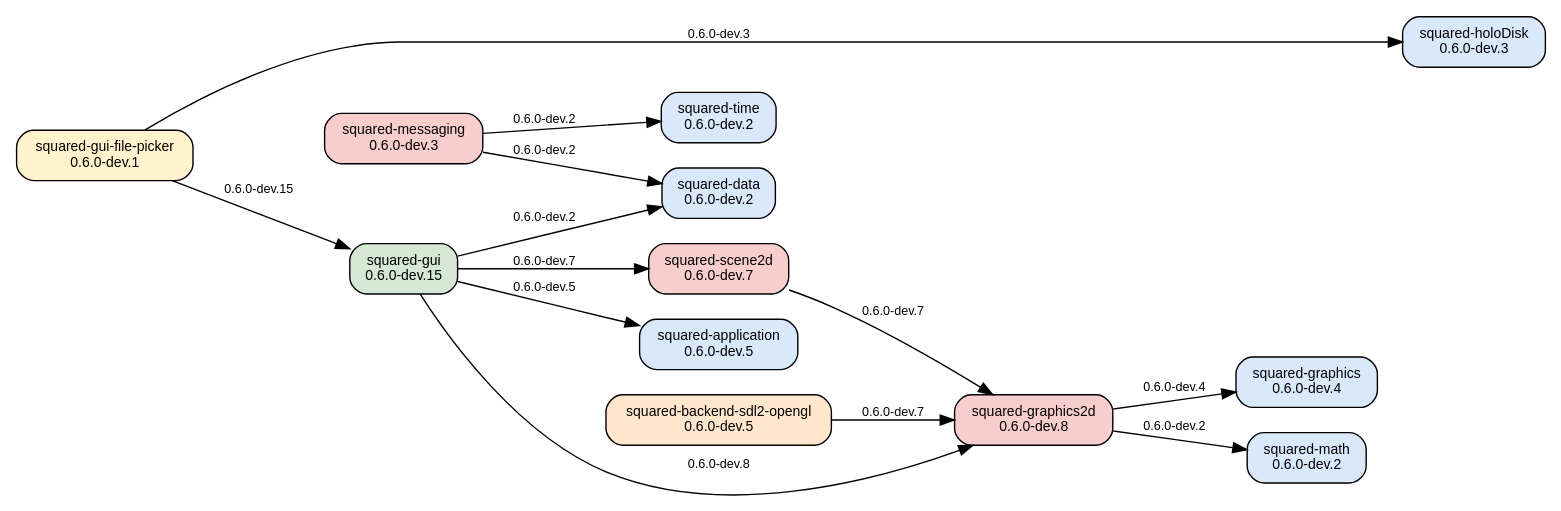
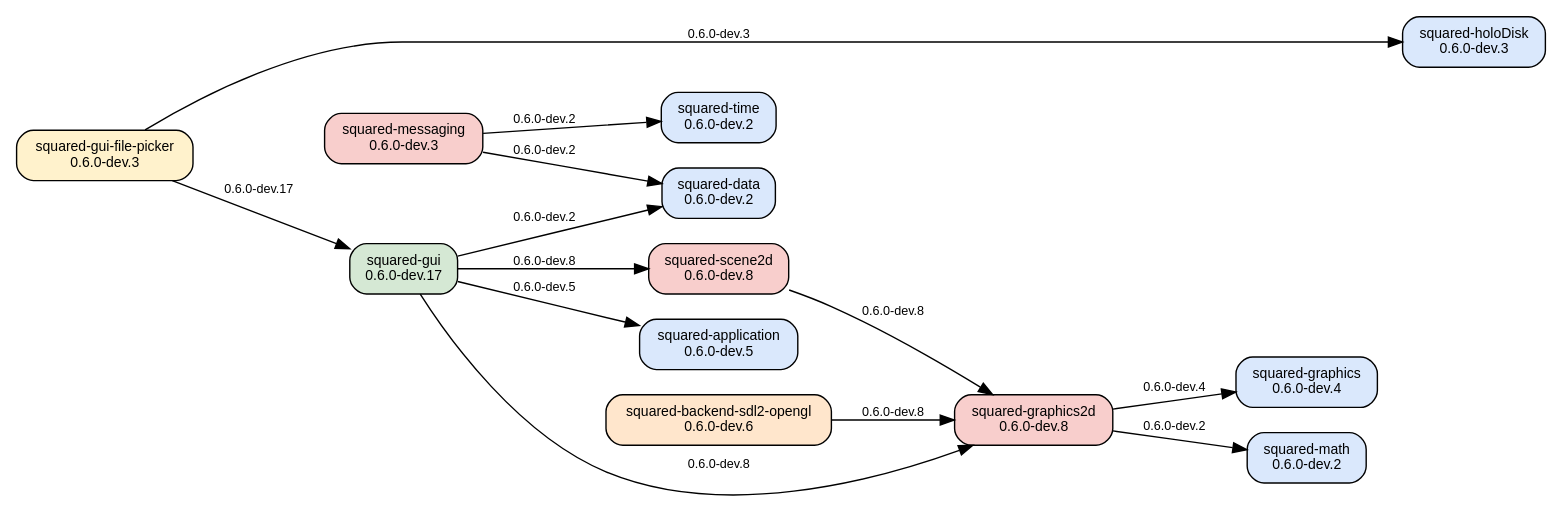
Before and after one commit to squared-netizen/squared: the diagram in docs/developer/architecture/package-dependencies.dot, drawn with Graphviz. The commit also changed 31 other files, not shown here.

```diff
--- a/docs/developer/architecture/package-dependencies.dot
+++ b/docs/developer/architecture/package-dependencies.dot
@@ -1,43 +1,43 @@
 // Framework package dependency graph.
 // Edge set derived exactly from each package manifest.json "module.requires".
 // Edges are compile-time/package dependencies between immutable .sq module
 // coordinates. Application-owned runtime adapters (e.g. a host selecting a
 // backend at link time) are not package requirements and are not shown.
 digraph package_dependencies {
   rankdir="LR";
   node [shape=box, style="rounded,filled", fontname="Helvetica", fontsize=10];
   edge [fontname="Helvetica", fontsize=9];
 
   // Leaf packages with no requires.
   application   [label="squared-application\n0.6.0-dev.5", fillcolor="#dae8fc"];
   data          [label="squared-data\n0.6.0-dev.2", fillcolor="#dae8fc"];
   graphics      [label="squared-graphics\n0.6.0-dev.4", fillcolor="#dae8fc"];
   holoDisk      [label="squared-holoDisk\n0.6.0-dev.3", fillcolor="#dae8fc"];
   math          [label="squared-math\n0.6.0-dev.2", fillcolor="#dae8fc"];
   time          [label="squared-time\n0.6.0-dev.2", fillcolor="#dae8fc"];
 
   // Consumers.
   graphics2d    [label="squared-graphics2d\n0.6.0-dev.8", fillcolor="#f8cecc"];
-  scene2d       [label="squared-scene2d\n0.6.0-dev.7", fillcolor="#f8cecc"];
-  backend       [label="squared-backend-sdl2-opengl\n0.6.0-dev.5", fillcolor="#ffe6cc"];
+  scene2d       [label="squared-scene2d\n0.6.0-dev.8", fillcolor="#f8cecc"];
+  backend       [label="squared-backend-sdl2-opengl\n0.6.0-dev.6", fillcolor="#ffe6cc"];
   messaging     [label="squared-messaging\n0.6.0-dev.3", fillcolor="#f8cecc"];
-  gui           [label="squared-gui\n0.6.0-dev.15", fillcolor="#d5e8d4"];
-  file_picker   [label="squared-gui-file-picker\n0.6.0-dev.1", fillcolor="#fff2cc"];
+  gui           [label="squared-gui\n0.6.0-dev.17", fillcolor="#d5e8d4"];
+  file_picker   [label="squared-gui-file-picker\n0.6.0-dev.3", fillcolor="#fff2cc"];
 
   graphics2d -> graphics [label="0.6.0-dev.4"];
   graphics2d -> math     [label="0.6.0-dev.2"];
-  scene2d    -> graphics2d [label="0.6.0-dev.7"];
-  backend    -> graphics2d [label="0.6.0-dev.7"];
+  scene2d    -> graphics2d [label="0.6.0-dev.8"];
+  backend    -> graphics2d [label="0.6.0-dev.8"];
   messaging  -> data      [label="0.6.0-dev.2"];
   messaging  -> time      [label="0.6.0-dev.2"];
   gui        -> data      [label="0.6.0-dev.2"];
   gui        -> application [label="0.6.0-dev.5"];
-  gui        -> scene2d   [label="0.6.0-dev.7"];
+  gui        -> scene2d   [label="0.6.0-dev.8"];
   gui        -> graphics2d [label="0.6.0-dev.8"];
-  file_picker -> gui       [label="0.6.0-dev.15"];
+  file_picker -> gui       [label="0.6.0-dev.17"];
   file_picker -> holoDisk  [label="0.6.0-dev.3"];
 
   // HoloDisk remains independent and optional for core GUI. Only the explicit
   // file-picker integration package requires it.
   { rank=sink; holoDisk; }
 }
```
